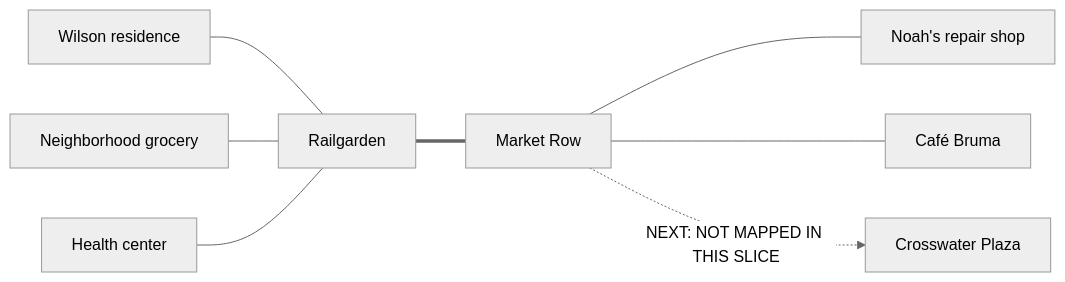
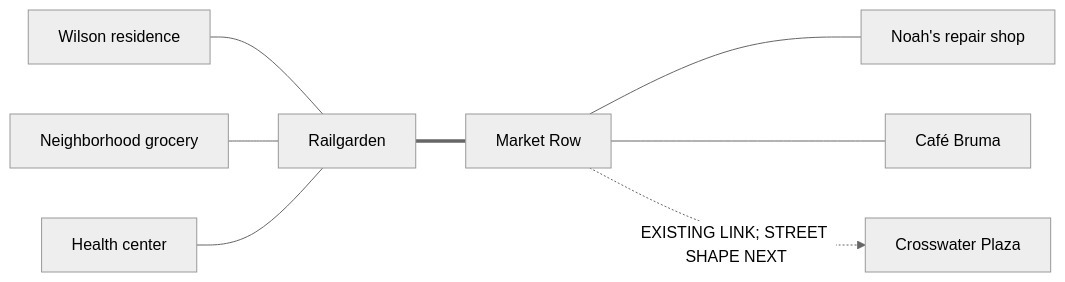
The diagram in docs/01_world/MERIDIAN_BAY_ROAD_WEB_SLICE1.md (jbob-coder/Novel-story-rpg-game-chat-gpt), drawn with Mermaid (neutral theme) before and after one commit. The commit also changed other lines of this file, not shown here.

````diff
--- a/docs/01_world/MERIDIAN_BAY_ROAD_WEB_SLICE1.md
+++ b/docs/01_world/MERIDIAN_BAY_ROAD_WEB_SLICE1.md
@@ -15,10 +15,10 @@
 ```mermaid
 flowchart LR
   Home["Wilson residence"] --- Rail["Railgarden"]
   Grocery["Neighborhood grocery"] --- Rail
   Clinic["Health center"] --- Rail
   Rail === Market["Market Row"]
   Market --- Noah["Noah's repair shop"]
   Market --- Bruma["Café Bruma"]
-  Market -. "NEXT: NOT MAPPED IN THIS SLICE" .-> Crosswater["Crosswater Plaza"]
+  Market -. "EXISTING LINK; STREET SHAPE NEXT" .-> Crosswater["Crosswater Plaza"]
 ```
````
